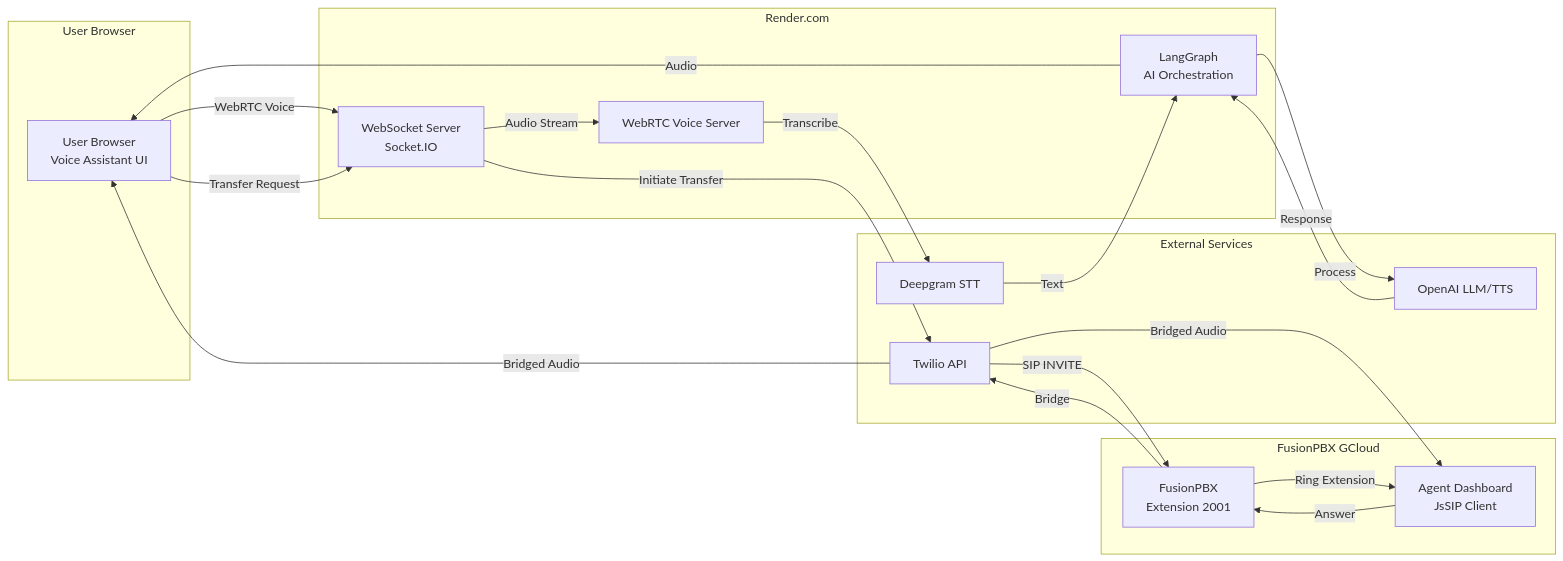
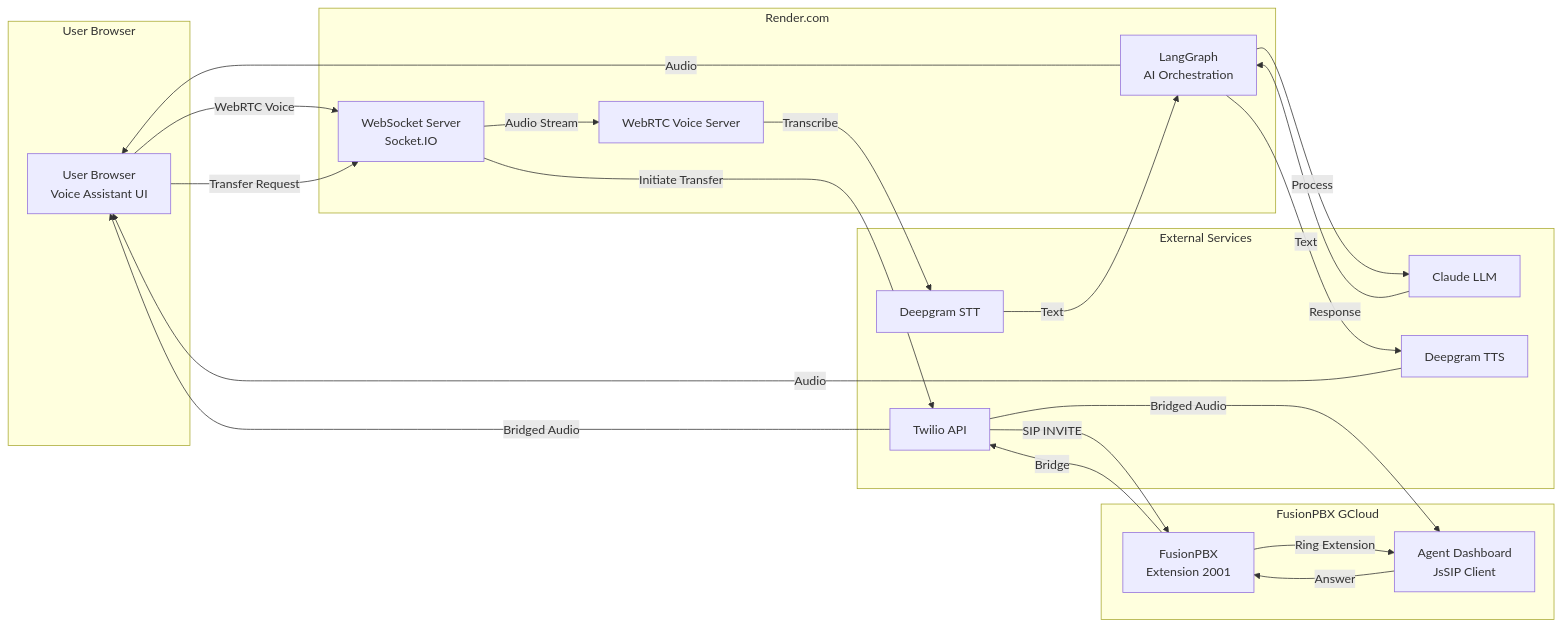
Before and after one commit to hjleepapa/convonet-anthropic: the diagram in CONVONET_DEPLOYMENT_CONFIG.md, drawn with Mermaid. The commit also changed other lines of this file and 32 other files, not shown here.

````diff
--- a/CONVONET_DEPLOYMENT_CONFIG.md
+++ b/CONVONET_DEPLOYMENT_CONFIG.md
@@ -26,40 +26,43 @@
 ```mermaid
 graph LR
     subgraph "User Browser"
         UA[User Browser<br/>Voice Assistant UI]
     end
     
     subgraph "Render.com"
         WS[WebSocket Server<br/>Socket.IO]
         WVS[WebRTC Voice Server]
         LG[LangGraph<br/>AI Orchestration]
     end
     
     subgraph "External Services"
         DEEP[Deepgram STT]
-        OPENAI[OpenAI LLM/TTS]
+        CLAUDE[Claude LLM]
+        DEEPGRAM_TTS[Deepgram TTS]
         TWILIO[Twilio API]
     end
     
     subgraph "FusionPBX GCloud"
         FUSION[FusionPBX<br/>Extension 2001]
         AGENT[Agent Dashboard<br/>JsSIP Client]
     end
     
     UA -->|WebRTC Voice| WS
     WS -->|Audio Stream| WVS
     WVS -->|Transcribe| DEEP
     DEEP -->|Text| LG
-    LG -->|Process| OPENAI
-    OPENAI -->|Response| LG
+    LG -->|Process| CLAUDE
+    CLAUDE -->|Response| LG
+    LG -->|Text| DEEPGRAM_TTS
+    DEEPGRAM_TTS -->|Audio| UA
     LG -->|Audio| UA
     
     UA -->|Transfer Request| WS
     WS -->|Initiate Transfer| TWILIO
     TWILIO -->|SIP INVITE| FUSION
     FUSION -->|Ring Extension| AGENT
     AGENT -->|Answer| FUSION
     FUSION -->|Bridge| TWILIO
     TWILIO -->|Bridged Audio| UA
     TWILIO -->|Bridged Audio| AGENT
 ```
````
